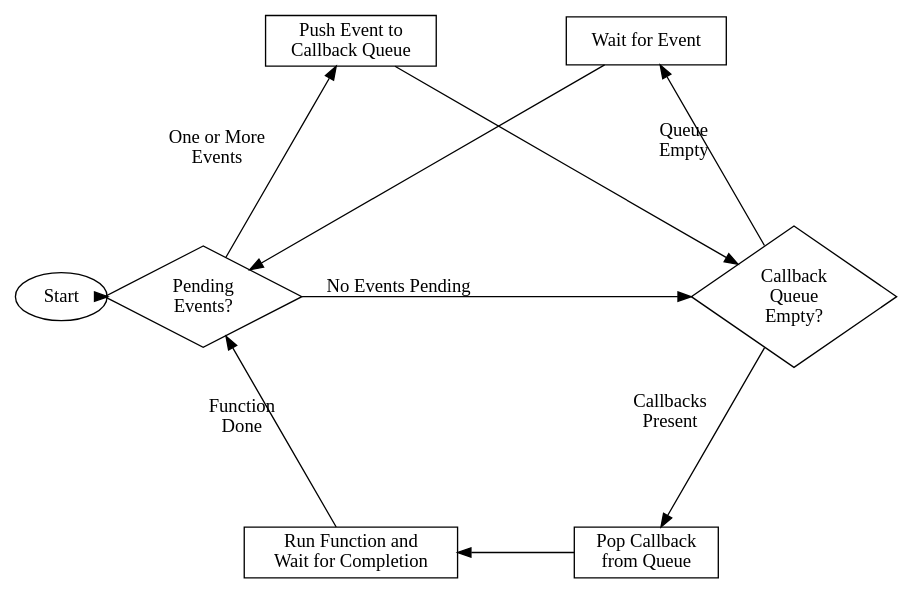
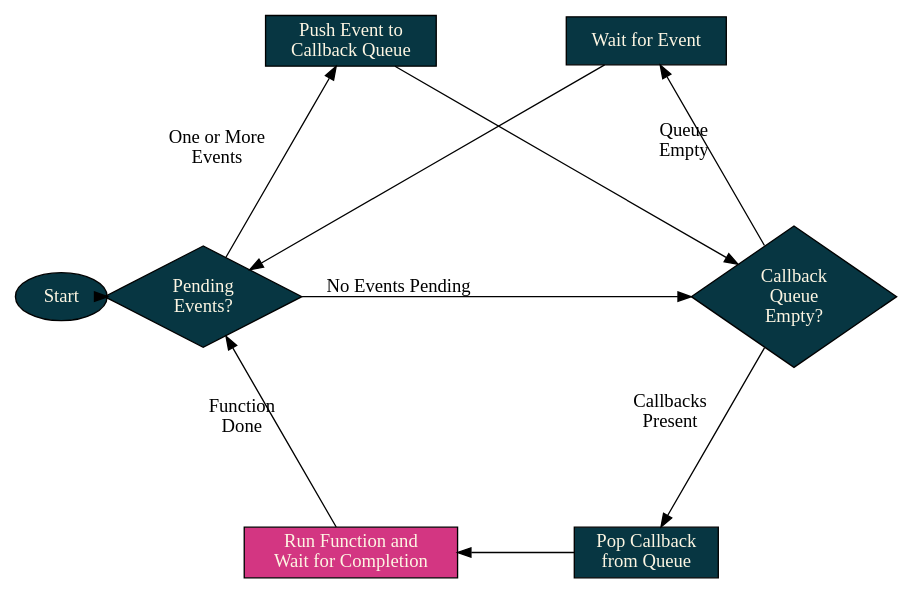
The diagram in diagrams/js/runtime.dot (devalot/webdev), drawn with Graphviz before and after one commit. The commit also changed 15 other files, not shown here.

Commit message:
Simple improvements to JS examples and diagrams

```diff
--- a/diagrams/js/runtime.dot
+++ b/diagrams/js/runtime.dot
@@ -1,26 +1,30 @@
 digraph runtime {
   graph [layout=circo];
-  node [shape=rect];
+  node [ shape=rect
+       , style=filled
+       , fontcolor="#fdf6e3"
+       , fillcolor="#073642"
+       ];
 
   start [label="Start", shape=oval];
   check_events [label="Pending\nEvents?", shape=diamond];
   check_queue  [label="Callback\nQueue\nEmpty?", shape=diamond];
 
   enqueue [label="Push Event to\nCallback Queue"];
   dequeue [label="Pop Callback\nfrom Queue"];
-  run     [label="Run Function and\nWait for Completion", fillcolor="lightpink"];
+  run     [label="Run Function and\nWait for Completion", fillcolor="#d33682"];
   wait    [label="Wait for Event"];
 
   start -> check_events;
 
   check_events -> enqueue [label="One or More\nEvents"];
   check_events -> check_queue [label="No Events Pending"];
   enqueue -> check_queue;
 
   check_queue -> dequeue [label="Callbacks\nPresent"];
   check_queue -> wait [label="Queue\nEmpty"];
   wait -> check_events;
 
   dequeue -> run;
   run -> check_events [label="Function\nDone"];
 }
```
